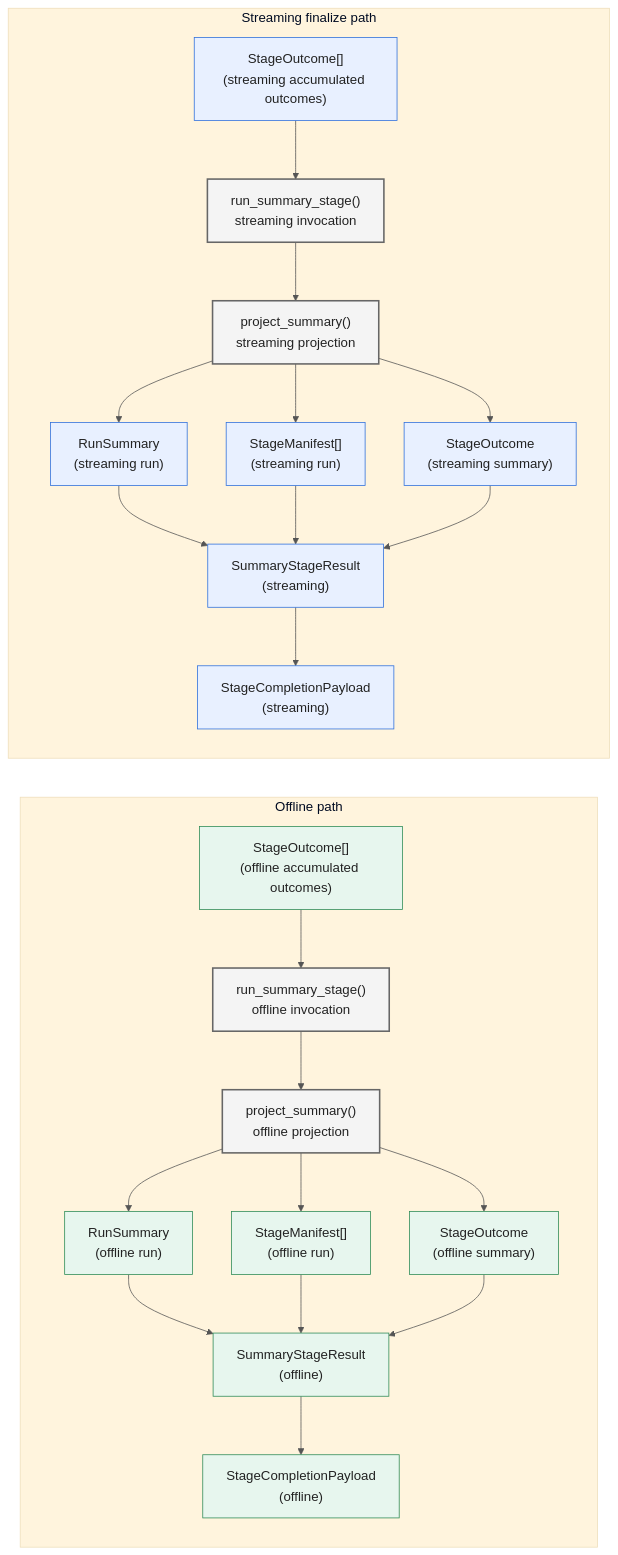
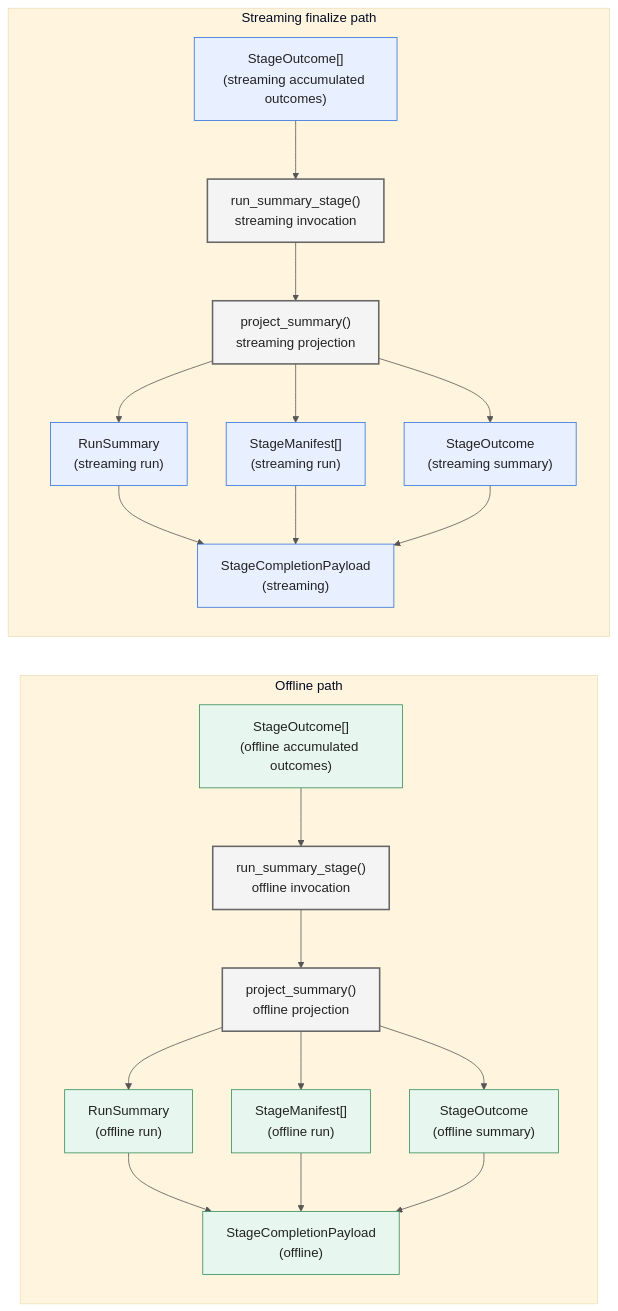
One commit to JanDuchscherer104/prml-vslam changed the seventh of 8 diagrams in docs/architecture/pipeline-stage-protocols-and-dtos.md. Above: the diagram before and after it, drawn with Mermaid. The commit also changed other lines of this file and 63 other files, not shown here.

````diff
--- a/docs/architecture/pipeline-stage-protocols-and-dtos.md
+++ b/docs/architecture/pipeline-stage-protocols-and-dtos.md
@@ -559,80 +538,74 @@
 ```mermaid
 %%{init: {
   "theme": "base",
   "themeVariables": {
     "fontSize": "17px",
     "primaryColor": "#ECECFF",
     "primaryBorderColor": "#9370DB",
     "lineColor": "#555555",
     "tertiaryColor": "#FFF4DD"
   }
 }}%%
 flowchart LR
     subgraph Offline["Offline path"]
         OfflineOutcomes["StageOutcome[]<br/>(offline accumulated outcomes)"]
         OfflineStage["run_summary_stage()<br/>offline invocation"]
         OfflineProject["project_summary()<br/>offline projection"]
         OfflineSummary["RunSummary<br/>(offline run)"]
         OfflineManifests["StageManifest[]<br/>(offline run)"]
         OfflineOutcome["StageOutcome<br/>(offline summary)"]
-        OfflineResult["SummaryStageResult<br/>(offline)"]
         OfflinePayload["StageCompletionPayload<br/>(offline)"]
 
         OfflineOutcomes --> OfflineStage
         OfflineStage --> OfflineProject
         OfflineProject --> OfflineSummary
         OfflineProject --> OfflineManifests
         OfflineProject --> OfflineOutcome
-        OfflineSummary --> OfflineResult
-        OfflineManifests --> OfflineResult
-        OfflineOutcome --> OfflineResult
-        OfflineResult --> OfflinePayload
+        OfflineSummary --> OfflinePayload
+        OfflineManifests --> OfflinePayload
+        OfflineOutcome --> OfflinePayload
     end
 
     subgraph Streaming["Streaming finalize path"]
         StreamingOutcomes["StageOutcome[]<br/>(streaming accumulated outcomes)"]
         StreamingStage["run_summary_stage()<br/>streaming invocation"]
         StreamingProject["project_summary()<br/>streaming projection"]
         StreamingSummary["RunSummary<br/>(streaming run)"]
         StreamingManifests["StageManifest[]<br/>(streaming run)"]
         StreamingOutcome["StageOutcome<br/>(streaming summary)"]
-        StreamingResult["SummaryStageResult<br/>(streaming)"]
         StreamingPayload["StageCompletionPayload<br/>(streaming)"]
 
         StreamingOutcomes --> StreamingStage
         StreamingStage --> StreamingProject
         StreamingProject --> StreamingSummary
         StreamingProject --> StreamingManifests
         StreamingProject --> StreamingOutcome
-        StreamingSummary --> StreamingResult
-        StreamingManifests --> StreamingResult
-        StreamingOutcome --> StreamingResult
-        StreamingResult --> StreamingPayload
+        StreamingSummary --> StreamingPayload
+        StreamingManifests --> StreamingPayload
+        StreamingOutcome --> StreamingPayload
     end
 
     classDef compute fill:#F4F4F4,stroke:#666666,stroke-width:2px,color:#222222;
     classDef offlineData fill:#E7F6EE,stroke:#2E8B57,color:#222222;
     classDef streamingData fill:#E8F0FF,stroke:#2F6FDB,color:#222222;
 
-    class OfflineOutcomes,OfflineSummary,OfflineManifests,OfflineOutcome,OfflineResult,OfflinePayload offlineData;
+    class OfflineOutcomes,OfflineSummary,OfflineManifests,OfflineOutcome,OfflinePayload offlineData;
     class OfflineStage,OfflineProject compute;
-    class StreamingOutcomes,StreamingSummary,StreamingManifests,StreamingOutcome,StreamingResult,StreamingPayload streamingData;
+    class StreamingOutcomes,StreamingSummary,StreamingManifests,StreamingOutcome,StreamingPayload streamingData;
     class StreamingStage,StreamingProject compute;
 
     click OfflineOutcomes "../../src/prml_vslam/pipeline/contracts/events.py#L47" "StageOutcome"
     click OfflineStage "../../src/prml_vslam/pipeline/ray_runtime/stage_execution.py#L207" "run_summary_stage"
     click OfflineProject "../../src/prml_vslam/pipeline/finalization.py#L27" "project_summary"
     click OfflineSummary "../../src/prml_vslam/pipeline/contracts/provenance.py#L59" "RunSummary"
     click OfflineManifests "../../src/prml_vslam/pipeline/contracts/provenance.py#L27" "StageManifest"
     click OfflineOutcome "../../src/prml_vslam/pipeline/contracts/events.py#L47" "StageOutcome"
-    click OfflineResult "../../src/prml_vslam/pipeline/ray_runtime/common.py#L56" "SummaryStageResult"
-    click OfflinePayload "../../src/prml_vslam/pipeline/ray_runtime/stage_program.py#L60" "StageCompletionPayload"
+        click OfflinePayload "../../src/prml_vslam/pipeline/ray_runtime/stage_program.py#L60" "StageCompletionPayload"
     click StreamingOutcomes "../../src/prml_vslam/pipeline/contracts/events.py#L47" "StageOutcome"
     click StreamingStage "../../src/prml_vslam/pipeline/ray_runtime/stage_execution.py#L207" "run_summary_stage"
     click StreamingProject "../../src/prml_vslam/pipeline/finalization.py#L27" "project_summary"
     click StreamingSummary "../../src/prml_vslam/pipeline/contracts/provenance.py#L59" "RunSummary"
     click StreamingManifests "../../src/prml_vslam/pipeline/contracts/provenance.py#L27" "StageManifest"
     click StreamingOutcome "../../src/prml_vslam/pipeline/contracts/events.py#L47" "StageOutcome"
-    click StreamingResult "../../src/prml_vslam/pipeline/ray_runtime/common.py#L56" "SummaryStageResult"
-    click StreamingPayload "../../src/prml_vslam/pipeline/ray_runtime/stage_program.py#L60" "StageCompletionPayload"
+        click StreamingPayload "../../src/prml_vslam/pipeline/ray_runtime/stage_program.py#L60" "StageCompletionPayload"
 ```
````
